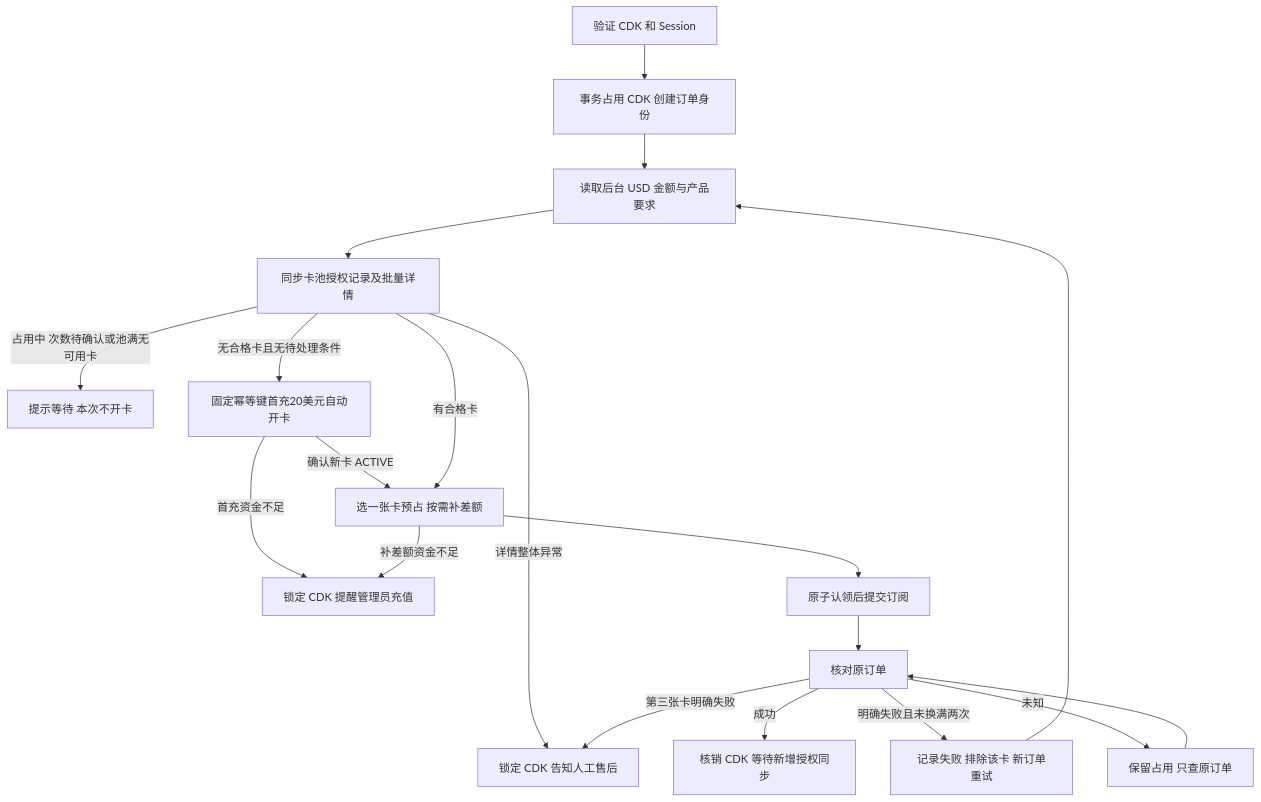
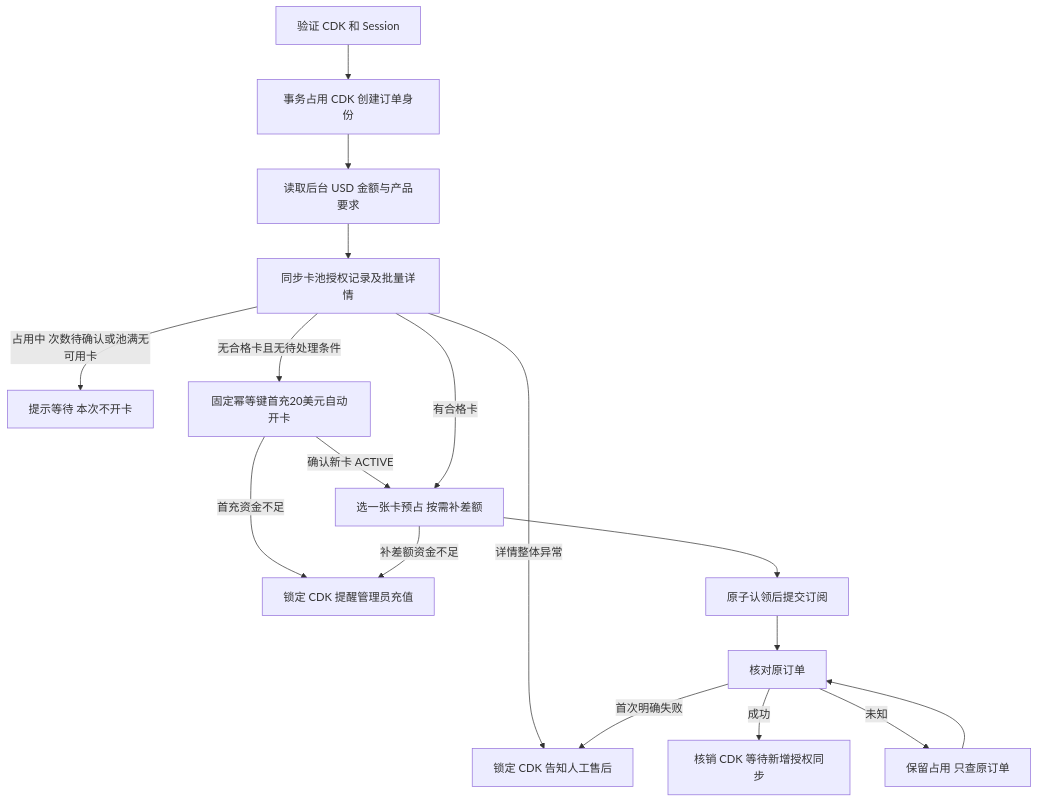
One commit to miracal-0312/Pay-gpt-Orbit changed the diagram in RECHARGE-AUDIT.md. Above: the diagram before and after it, drawn with Mermaid. The commit also changed other lines of this file and 25 other files, not shown here.

````diff
--- a/RECHARGE-AUDIT.md
+++ b/RECHARGE-AUDIT.md
@@ -9,21 +9,19 @@
 ```mermaid
 flowchart TD
     A[验证 CDK 和 Session] --> B[事务占用 CDK 创建订单身份]
     B --> C[读取后台 USD 金额与产品要求]
     C --> E[同步卡池授权记录及批量详情]
     E -->|详情整体异常| F[锁定 CDK 告知人工售后]
     E -->|占用中 次数待确认或池满无可用卡| W[提示等待 本次不开卡]
     E -->|无合格卡且无待处理条件| M[固定幂等键首充20美元自动开卡]
     M -->|确认新卡 ACTIVE| G
     M -->|首充资金不足| D[锁定 CDK 提醒管理员充值]
     E -->|有合格卡| G[选一张卡预占 按需补差额]
     G -->|补差额资金不足| D
     G --> H[原子认领后提交订阅]
     H --> I[核对原订单]
     I -->|成功| J[核销 CDK 等待新增授权同步]
-    I -->|明确失败且未换满两次| K[记录失败 排除该卡 新订单重试]
-    K --> C
-    I -->|第三张卡明确失败| F
+    I -->|首次明确失败| F
     I -->|未知| L[保留占用 只查原订单]
     L --> I
 ```
````
